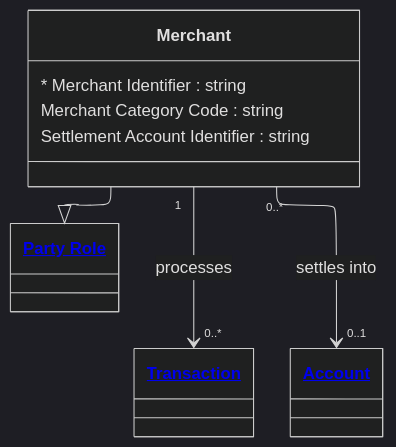
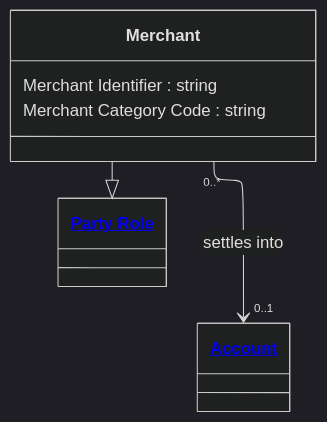
The diagram in examples/Financial Crime/entities/merchant.md (Semprini/md-ddl), drawn with Mermaid (dark theme) before and after one commit. The commit also changed other lines of this file and 40 other files, not shown here.

First line of the commit message:
Repair Financial Crime example to meet its own standard (domain 2.0.0)

````diff
--- a/examples/Financial Crime/entities/merchant.md
+++ b/examples/Financial Crime/entities/merchant.md
@@ -9,20 +9,17 @@
 ```mermaid
 ---
 config:
   layout: elk
 ---
 classDiagram
   class Merchant{
-    * Merchant Identifier : string
+    Merchant Identifier : string
     Merchant Category Code : string
-    Settlement Account Identifier : string
   }
 
   Merchant --|> PartyRole
-  Merchant "1" --> "0..*" Transaction : processes
   Merchant "0..*" --> "0..1" Account : settles into
 
   class PartyRole["<a href='https://github.com/Semprini/md-ddl/blob/main/examples/Financial%20Crime/entities/party_role.md'>Party Role</a>"]
-  class Transaction["<a href='https://github.com/Semprini/md-ddl/blob/main/examples/Financial%20Crime/entities/transaction.md'>Transaction</a>"]
   class Account["<a href='https://github.com/Semprini/md-ddl/blob/main/examples/Financial%20Crime/entities/account.md'>Account</a>"]  
 ```
````
